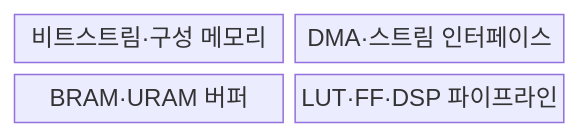
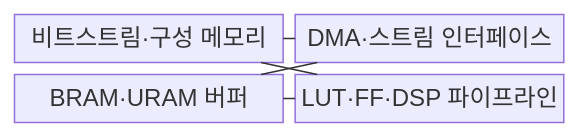
One commit to agnusdei1207/knowledge-base changed the first of 2 diagrams in src/content/docs/notes/02-hardware/039_fpga_ai_acceleration.md. Above: the diagram before and after it, drawn with Mermaid. The commit also changed other lines of this file and 20 other files, not shown here.

````diff
--- a/src/content/docs/notes/02-hardware/039_fpga_ai_acceleration.md
+++ b/src/content/docs/notes/02-hardware/039_fpga_ai_acceleration.md
@@ -74,8 +73,12 @@
 ```mermaid
 block
     columns 2
     CFG["비트스트림·구성 메모리"]
     DMA["DMA·스트림 인터페이스"]
     BUF["BRAM·URAM 버퍼"]
     PE["LUT·FF·DSP 파이프라인"]
+    CFG --- DMA
+    CFG --- PE
+    DMA --- BUF
+    BUF --- PE
 ```
````
